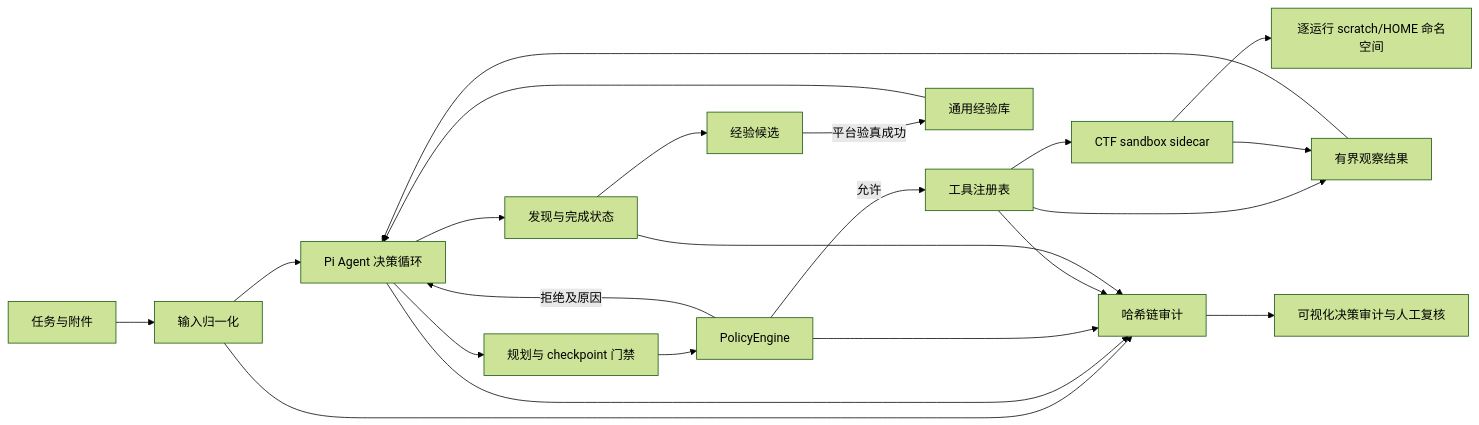
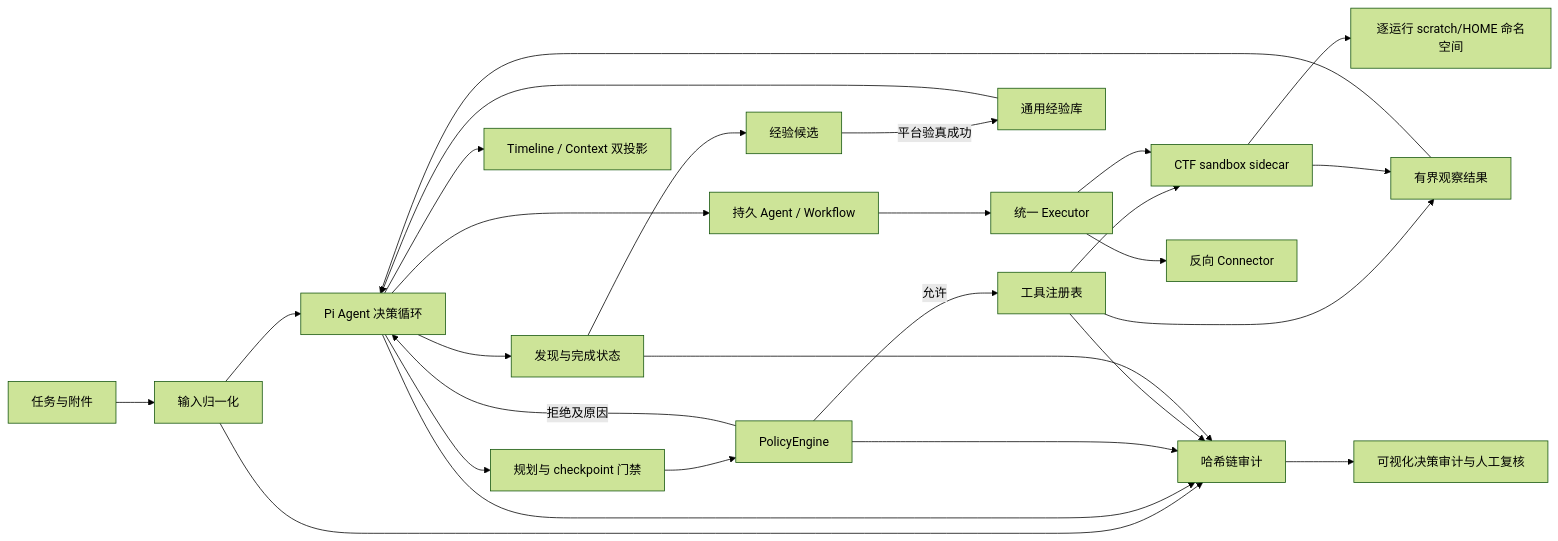
One commit to jiker666/zhulongx changed the diagram in docs/architecture.md. Above: the diagram before and after it, drawn with Mermaid (forest theme). The commit also changed other lines of this file and 119 other files, not shown here.

````diff
--- a/docs/architecture.md
+++ b/docs/architecture.md
@@ -7,24 +7,29 @@
 ```mermaid
 flowchart LR
     I["任务与附件"] --> N["输入归一化"]
     N --> A["Pi Agent 决策循环"]
     A --> G["规划与 checkpoint 门禁"]
     G --> P["PolicyEngine"]
     P -->|允许| T["工具注册表"]
     P -->|拒绝及原因| A
     T --> S["CTF sandbox sidecar"]
     S --> X["逐运行 scratch/HOME 命名空间"]
     T --> O["有界观察结果"]
     S --> O
     O --> A
     A --> F["发现与完成状态"]
     N --> L["哈希链审计"]
     A --> L
     P --> L
     T --> L
     F --> L
     L --> V["可视化决策审计与人工复核"]
     F --> E["经验候选"]
     E -->|平台验真成功| K["通用经验库"]
     K --> A
+    A --> C["Timeline / Context 双投影"]
+    A --> Q["持久 Agent / Workflow"]
+    Q --> R["统一 Executor"]
+    R --> S
+    R --> RC["反向 Connector"]
 ```
````
